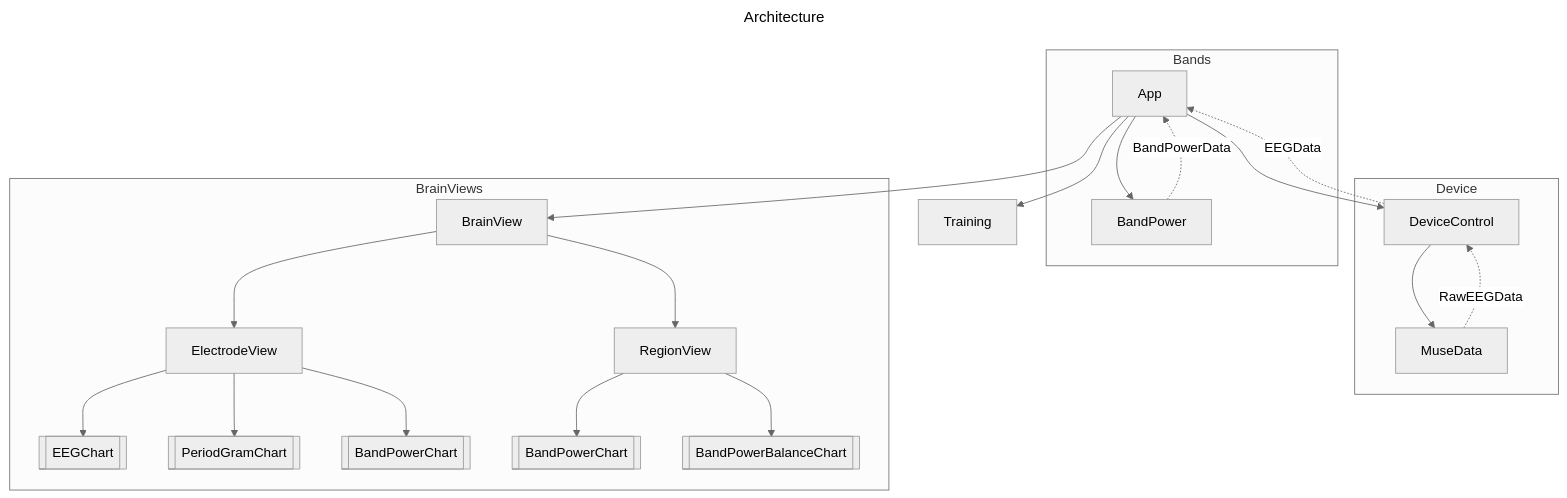
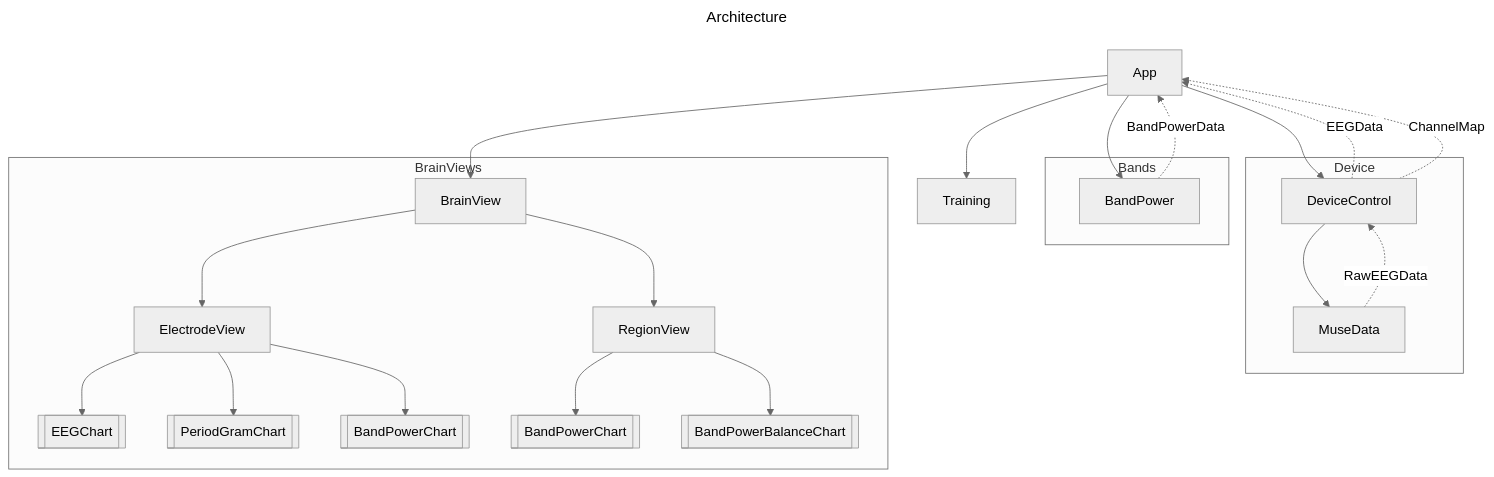
The diagram in docs/architecture.md (mtippett/meditrain), drawn with Mermaid (neutral theme) before and after one commit.

Commit message:
arch update

````diff
--- a/docs/architecture.md
+++ b/docs/architecture.md
@@ -1,43 +1,44 @@
 ```mermaid
 ---
 title: Architecture
 ---
 graph TB
     App --> DeviceControl
 
     App --> BrainView
     App-->BandPower
 
     App --> Training
 
     
     subgraph Device
         DeviceControl-->MuseData
     end
 
     subgraph Bands
         BandPower
-        BandPower -.-> |BandPowerData|App
-
     end
 
 
     subgraph BrainViews
         EEGChart[[EEGChart]]
         PeriodGramChart[[PeriodGramChart]]
         ElectrodeBandPowerChart[[BandPowerChart]]
         RegionBandPowerChart[[BandPowerChart]]
         BandPowerBalanceChart[[BandPowerBalanceChart]]
         BrainView-->ElectrodeView
         ElectrodeView-->EEGChart
         ElectrodeView-->PeriodGramChart
         ElectrodeView-->ElectrodeBandPowerChart
         BrainView-->RegionView
         RegionView-->RegionBandPowerChart
         RegionView-->BandPowerBalanceChart
 
     end
 
     MuseData -.-> |RawEEGData|DeviceControl
     DeviceControl -.-> |EEGData|App
+    DeviceControl -.-> |ChannelMap|App
+    BandPower -.-> |BandPowerData|App
+
 ```
````
